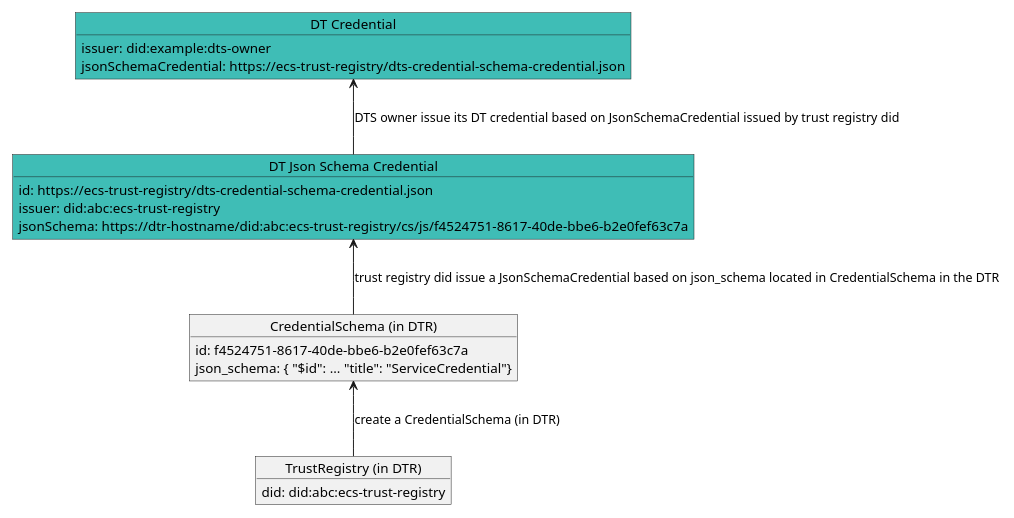
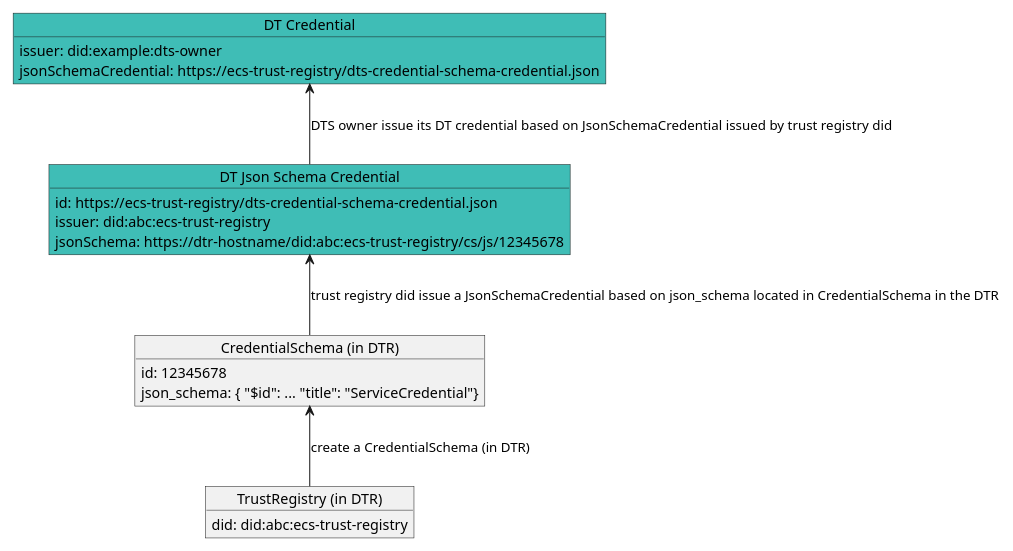
One commit to verana-labs/decentralized-trust-spec changed the first of 2 diagrams in spec.md. Above: the diagram before and after it, drawn with PlantUML. The commit also changed other lines of this file and 1 other file, not shown here.

````diff
--- a/spec.md
+++ b/spec.md
@@ -632,29 +632,29 @@
 ```plantuml
 
 @startuml
 scale max 800 width
 object "TrustRegistry (in DTR)" as tr {
   did: did:abc:ecs-trust-registry
 }
 object "CredentialSchema (in DTR)" as cs {
-  id: f4524751-8617-40de-bbe6-b2e0fef63c7a
+  id: 12345678
   json_schema: { "$id": ... "title": "ServiceCredential"}
 }
 object "DT Json Schema Credential" as jsc #3fbdb6 {
   id: https://ecs-trust-registry/dts-credential-schema-credential.json
   issuer: did:abc:ecs-trust-registry
-  jsonSchema: https://dtr-hostname/did:abc:ecs-trust-registry/cs/js/f4524751-8617-40de-bbe6-b2e0fef63c7a
+  jsonSchema: https://dtr-hostname/did:abc:ecs-trust-registry/cs/js/12345678
 }
 
 object "DT Credential" as dtscred #3fbdb6 {
   issuer: did:example:dts-owner
   jsonSchemaCredential: https://ecs-trust-registry/dts-credential-schema-credential.json
 }
 
 cs <-- tr : create a CredentialSchema (in DTR)
 jsc <-- cs : trust registry did issue a JsonSchemaCredential based on json_schema located in CredentialSchema in the DTR
 dtscred <-- jsc: DTS owner issue its DT credential based on JsonSchemaCredential issued by trust registry did
 
 @enduml
 
 ```
````
